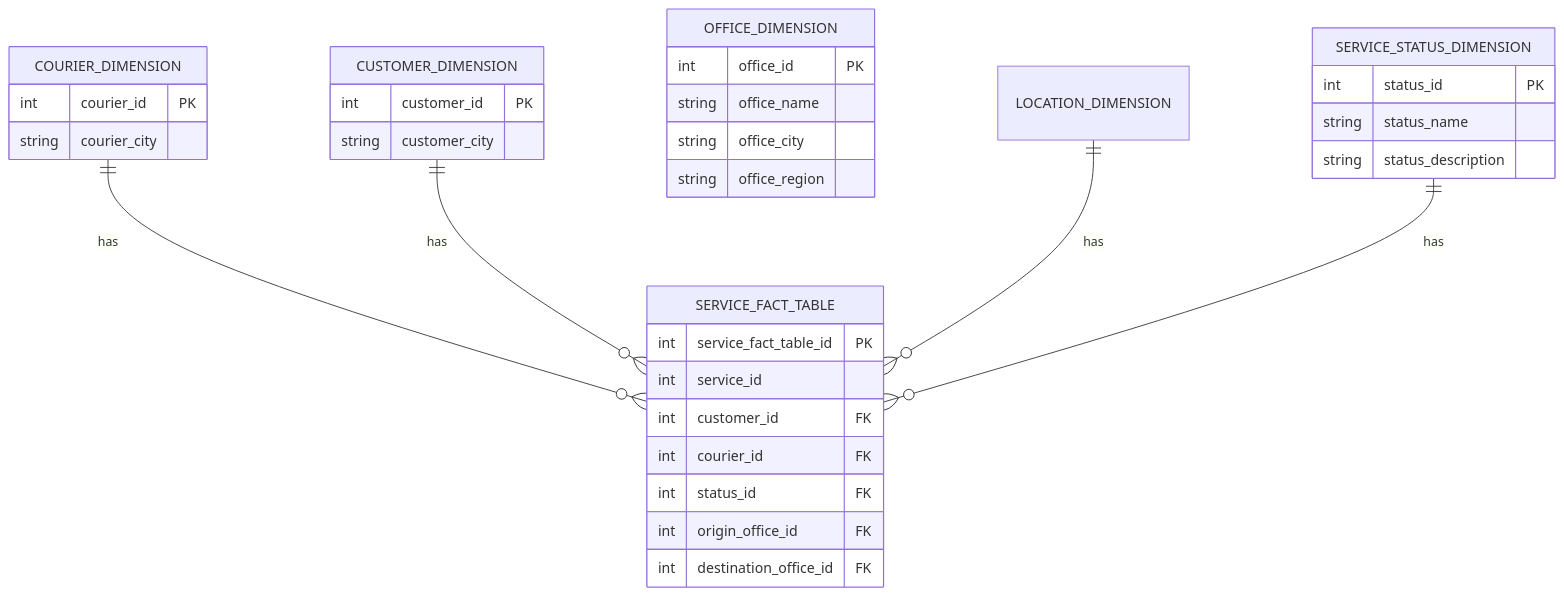
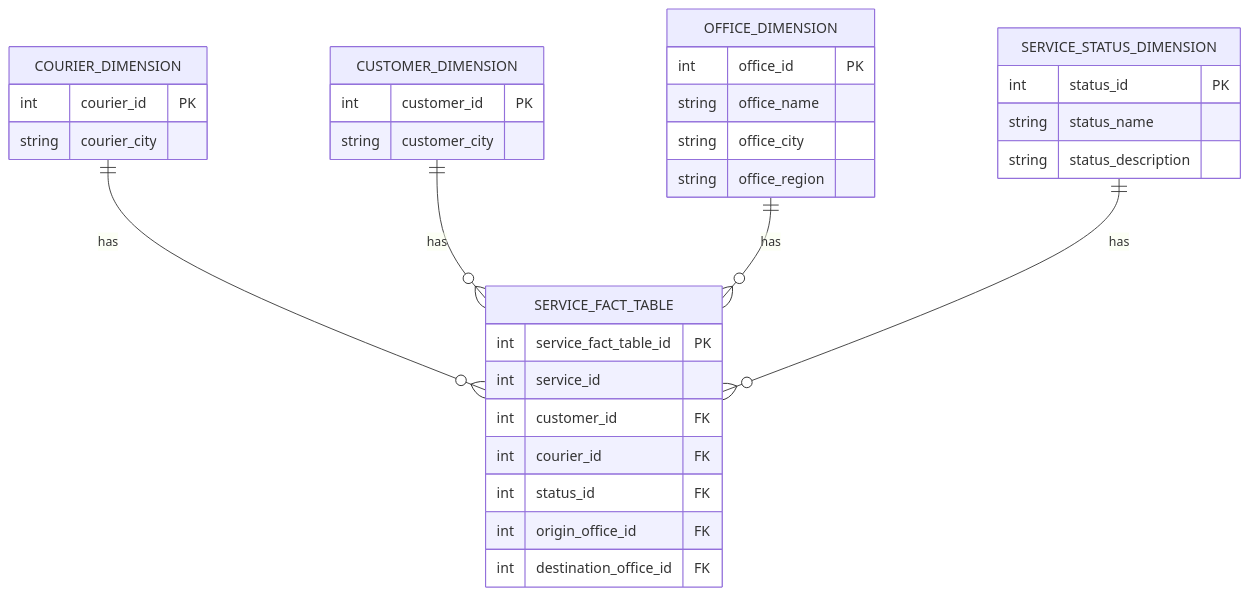
The eighth of 9 diagrams in dimensions_and_data_marts.md (LONG-TERM-EFFECTS-OF-SUFFERING/Rapidos_y_Furiosos_data_warehouse), drawn with Mermaid before and after one commit. The commit also changed other lines of this file and 5 other files, not shown here.

Commit message:
update data and dimensions file renamed location by office and add the services hour dataframe

````diff
--- a/dimensions_and_data_marts.md
+++ b/dimensions_and_data_marts.md
@@ -121,40 +122,40 @@
 ```MERMAID
 erDiagram
     COURIER_DIMENSION {
         int courier_id PK
         string courier_city
     }
 
     CUSTOMER_DIMENSION {
         int customer_id PK
         string customer_city
     }
 
     OFFICE_DIMENSION {
         int office_id PK
         string office_name
         string office_city
         string office_region
     }
 
     SERVICE_STATUS_DIMENSION {
         int status_id PK
         string status_name
         string status_description
     }
 
     SERVICE_FACT_TABLE {
         int service_fact_table_id PK
         int service_id
         int customer_id FK
         int courier_id FK
         int status_id FK
         int origin_office_id FK
         int destination_office_id FK
     }
 
     COURIER_DIMENSION ||--o{ SERVICE_FACT_TABLE : "has"
     CUSTOMER_DIMENSION ||--o{ SERVICE_FACT_TABLE : "has"
-    LOCATION_DIMENSION ||--o{ SERVICE_FACT_TABLE : "has"
+    OFFICE_DIMENSION ||--o{ SERVICE_FACT_TABLE : "has"
     SERVICE_STATUS_DIMENSION ||--o{ SERVICE_FACT_TABLE : "has"
 ```
````
